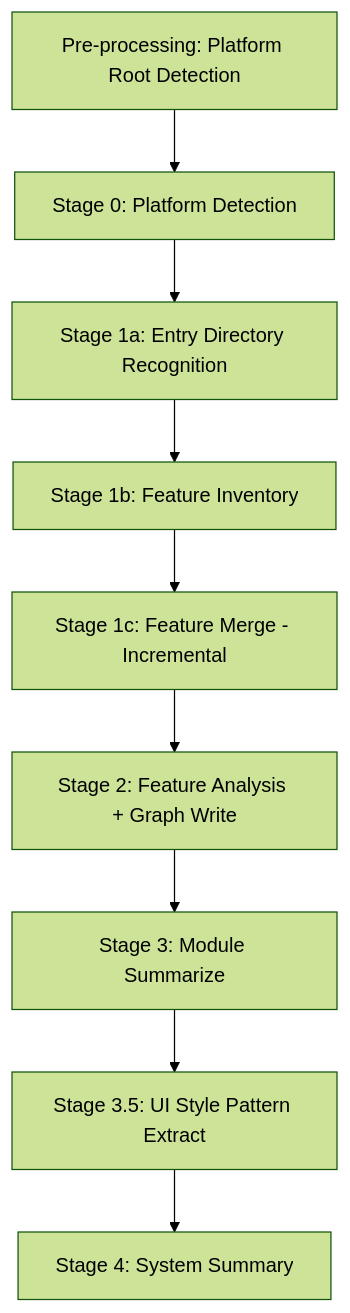
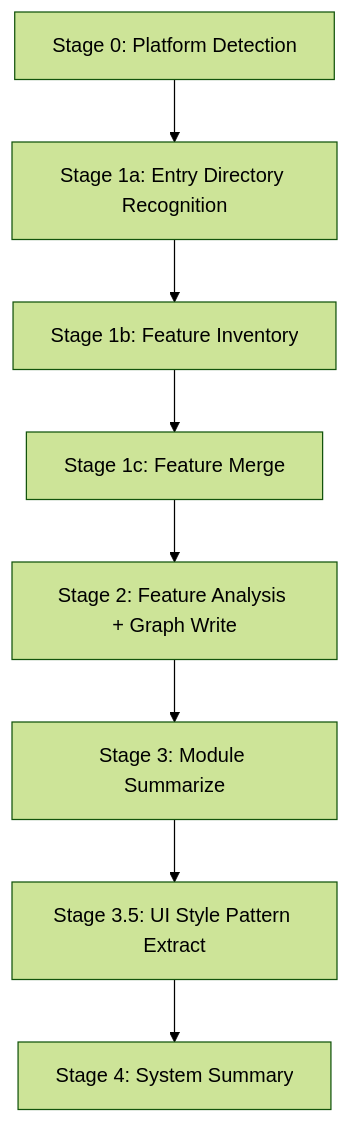
Before and after one commit to charlesmu99/speccrew: the diagram in .speccrew/skills/speccrew-knowledge-bizs-dispatch/SKILL.md, drawn with Mermaid (forest theme). The commit also changed other lines of this file and 25 other files, not shown here.

````diff
--- a/.speccrew/skills/speccrew-knowledge-bizs-dispatch/SKILL.md
+++ b/.speccrew/skills/speccrew-knowledge-bizs-dispatch/SKILL.md
@@ -58,11 +95,10 @@
 ```mermaid
 flowchart TB
-    S0[Pre-processing: Platform Root Detection] --> S0a[Stage 0: Platform Detection]
-    S0a --> S1a[Stage 1a: Entry Directory Recognition]
+    S0[Stage 0: Platform Detection] --> S1a[Stage 1a: Entry Directory Recognition]
     S1a --> S1b[Stage 1b: Feature Inventory]
-    S1b --> S1c[Stage 1c: Feature Merge - Incremental]
+    S1b --> S1c[Stage 1c: Feature Merge]
     S1c --> S2[Stage 2: Feature Analysis + Graph Write]
     S2 --> S3[Stage 3: Module Summarize]
     S3 --> S3_5[Stage 3.5: UI Style Pattern Extract]
     S3_5 --> S4[Stage 4: System Summary]
 ```
````
